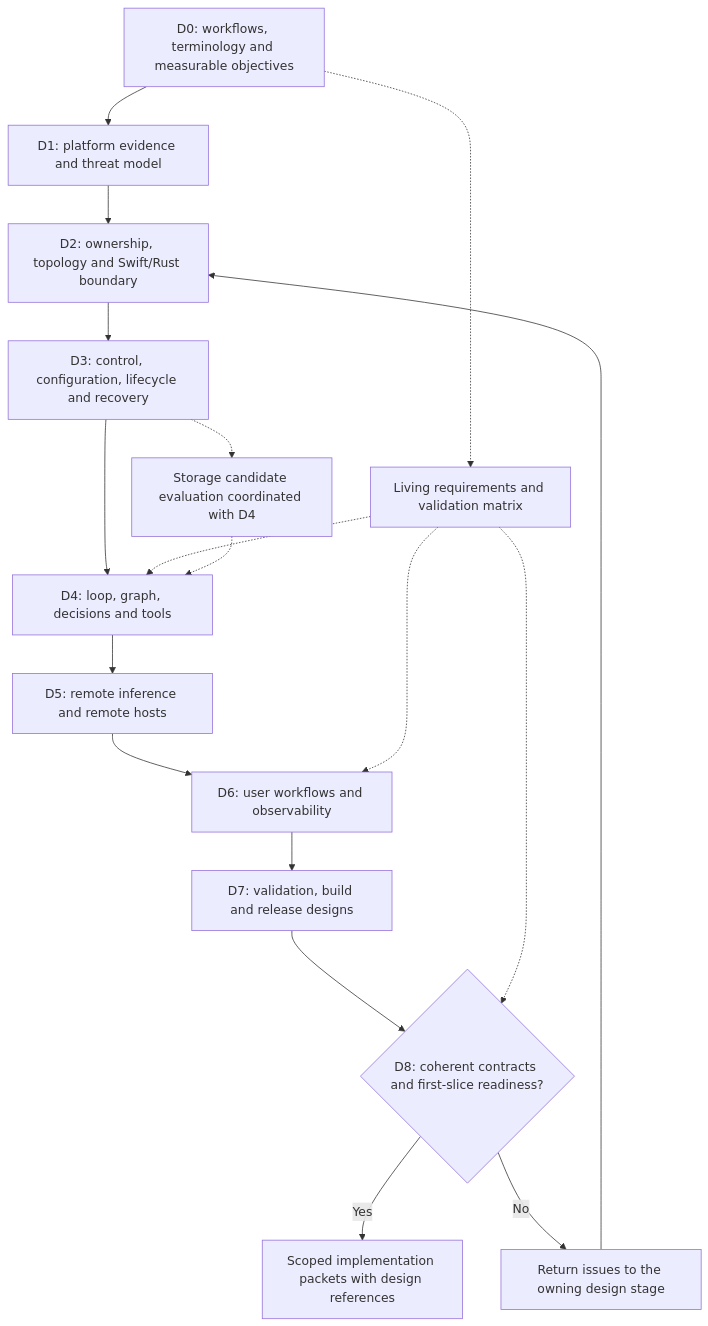
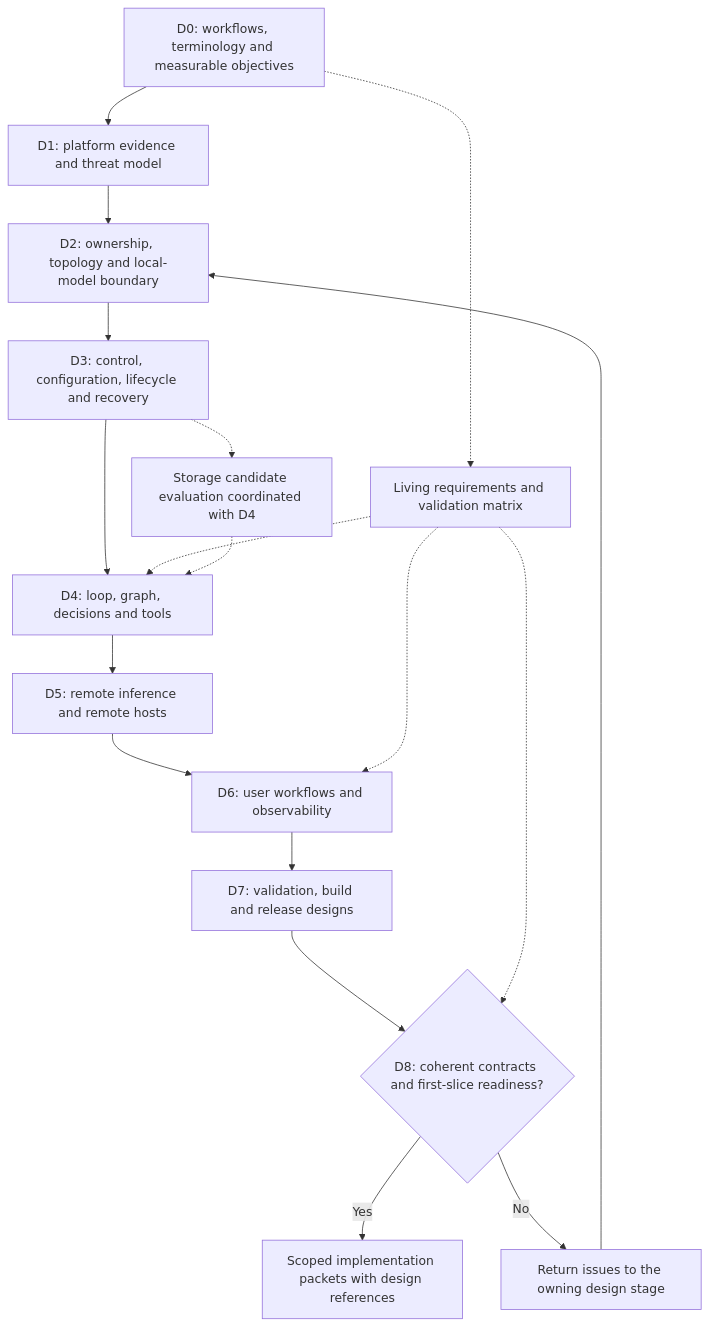
Before and after one commit to pidster/asura: the second of 3 diagrams in docs/plans/architecture-and-design.md, drawn with Mermaid. The commit also changed other lines of this file and 73 other files, not shown here.

````diff
--- a/docs/plans/architecture-and-design.md
+++ b/docs/plans/architecture-and-design.md
@@ -184,20 +198,20 @@
 ```mermaid
 flowchart TD
     D0["D0: workflows, terminology and measurable objectives"] --> D1["D1: platform evidence and threat model"]
-    D1 --> D2["D2: ownership, topology and Swift/Rust boundary"]
+    D1 --> D2["D2: ownership, topology and local-model boundary"]
     D2 --> D3["D3: control, configuration, lifecycle and recovery"]
     D3 --> D4["D4: loop, graph, decisions and tools"]
     D4 --> D5["D5: remote inference and remote hosts"]
     D5 --> D6["D6: user workflows and observability"]
     D6 --> D7["D7: validation, build and release designs"]
     D7 --> D8{"D8: coherent contracts and first-slice readiness?"}
     D8 -->|Yes| Packets["Scoped implementation packets with design references"]
     D8 -->|No| Revise["Return issues to the owning design stage"]
     Revise --> D2
     D0 -.-> Matrix["Living requirements and validation matrix"]
     Matrix -.-> D4
     Matrix -.-> D6
     Matrix -.-> D8
     D3 -.-> Storage["Storage candidate evaluation coordinated with D4"]
     Storage -.-> D4
 ```
````
